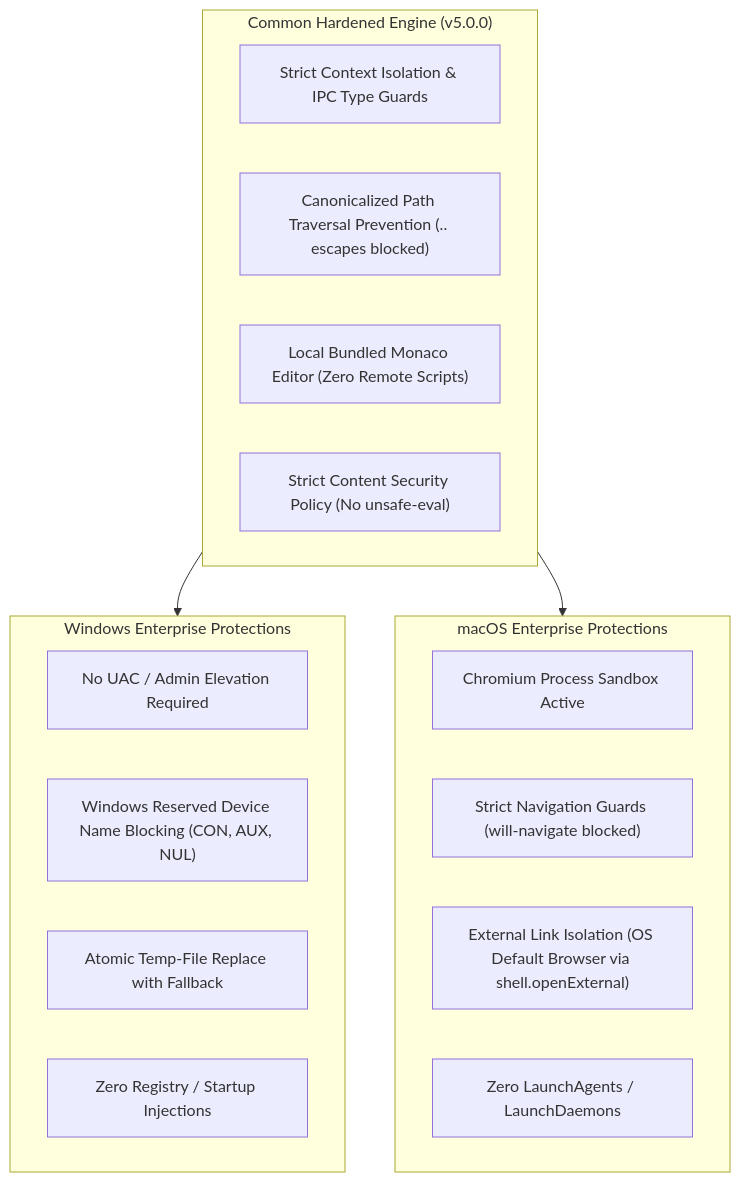
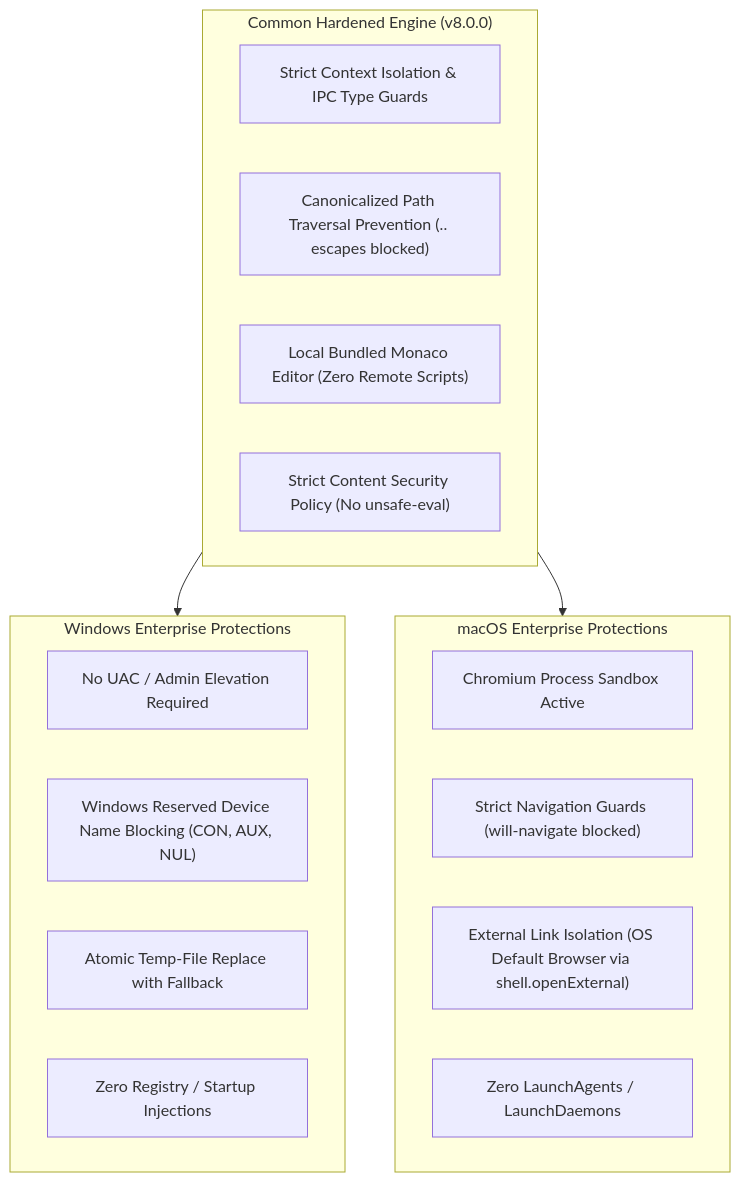
Before and after one commit to imarg97/Comparing_Tool: the diagram in docs/ENTERPRISE-SECURITY.md, drawn with Mermaid. The commit also changed other lines of this file and 13 other files, not shown here.

````diff
--- a/docs/ENTERPRISE-SECURITY.md
+++ b/docs/ENTERPRISE-SECURITY.md
@@ -25,26 +25,26 @@
 ```mermaid
 flowchart TD
     subgraph WindowsSecurity["Windows Enterprise Protections"]
         W1["No UAC / Admin Elevation Required"]
         W2["Windows Reserved Device Name Blocking (CON, AUX, NUL)"]
         W3["Atomic Temp-File Replace with Fallback"]
         W4["Zero Registry / Startup Injections"]
     end
 
     subgraph MacOSSecurity["macOS Enterprise Protections"]
         M1["Chromium Process Sandbox Active"]
         M2["Strict Navigation Guards (will-navigate blocked)"]
         M3["External Link Isolation (OS Default Browser via shell.openExternal)"]
         M4["Zero LaunchAgents / LaunchDaemons"]
     end
 
-    subgraph CoreEngine["Common Hardened Engine (v5.0.0)"]
+    subgraph CoreEngine["Common Hardened Engine (v8.0.0)"]
         C1["Strict Context Isolation & IPC Type Guards"]
         C2["Canonicalized Path Traversal Prevention (.. escapes blocked)"]
         C3["Local Bundled Monaco Editor (Zero Remote Scripts)"]
         C4["Strict Content Security Policy (No unsafe-eval)"]
     end
 
     CoreEngine --> WindowsSecurity
     CoreEngine --> MacOSSecurity
 ```
````
